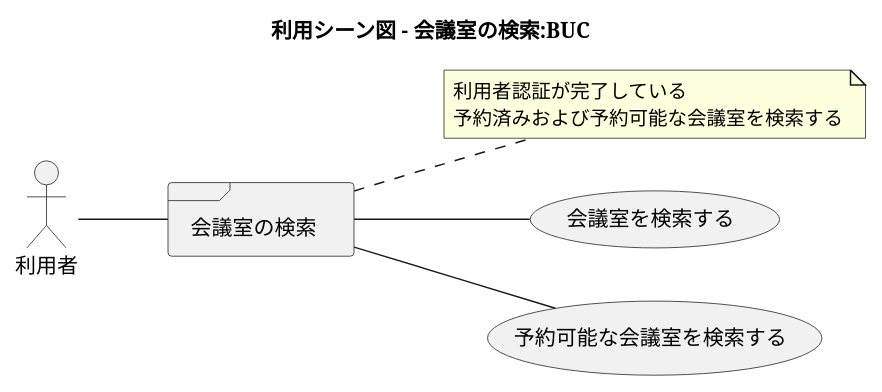
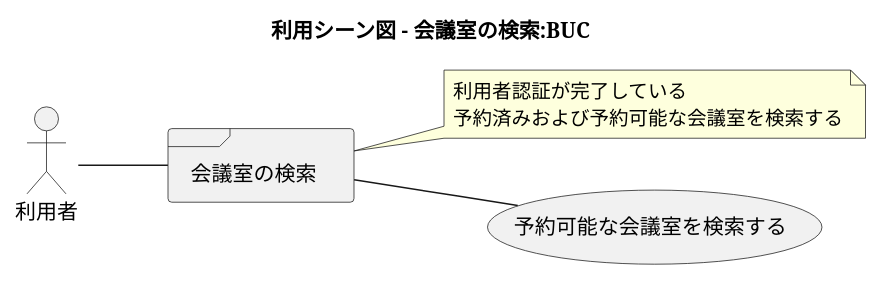
Before and after one commit to k2works/case-study-mrs: the ninth of 17 diagrams in docs/index.adoc, drawn with PlantUML. The commit also changed other lines of this file and 10 other files, not shown here.

```diff
--- a/docs/index.adoc
+++ b/docs/index.adoc
@@ -279,26 +279,24 @@
 [plantuml]
 ----
 @startuml
 
 title 利用シーン図 - 会議室の検索:BUC
 
 left to right direction
 
 actor 利用者
 
 frame 会議室の検索
 note right of 会議室の検索
   利用者認証が完了している
   予約済みおよび予約可能な会議室を検索する
 end note
 
-usecase 会議室を検索する
 usecase 予約可能な会議室を検索する
 
 :利用者: -- 会議室の検索
-会議室の検索 -- (会議室を検索する)
 会議室の検索 -- (予約可能な会議室を検索する)
 
 
 @enduml
 ----
```
